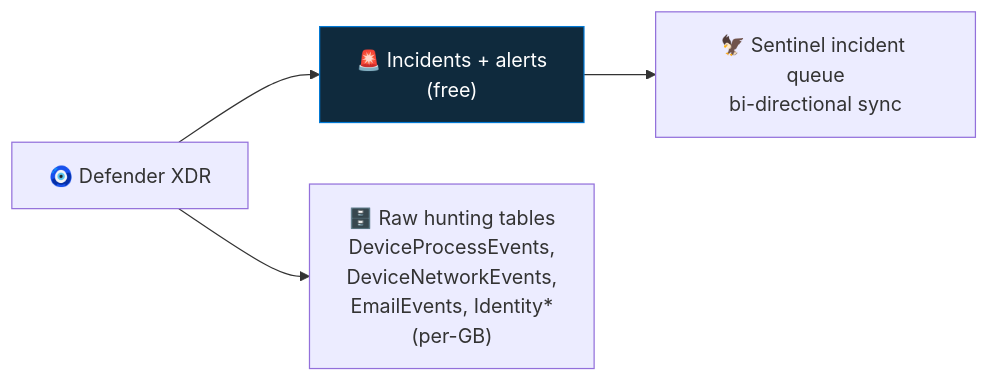
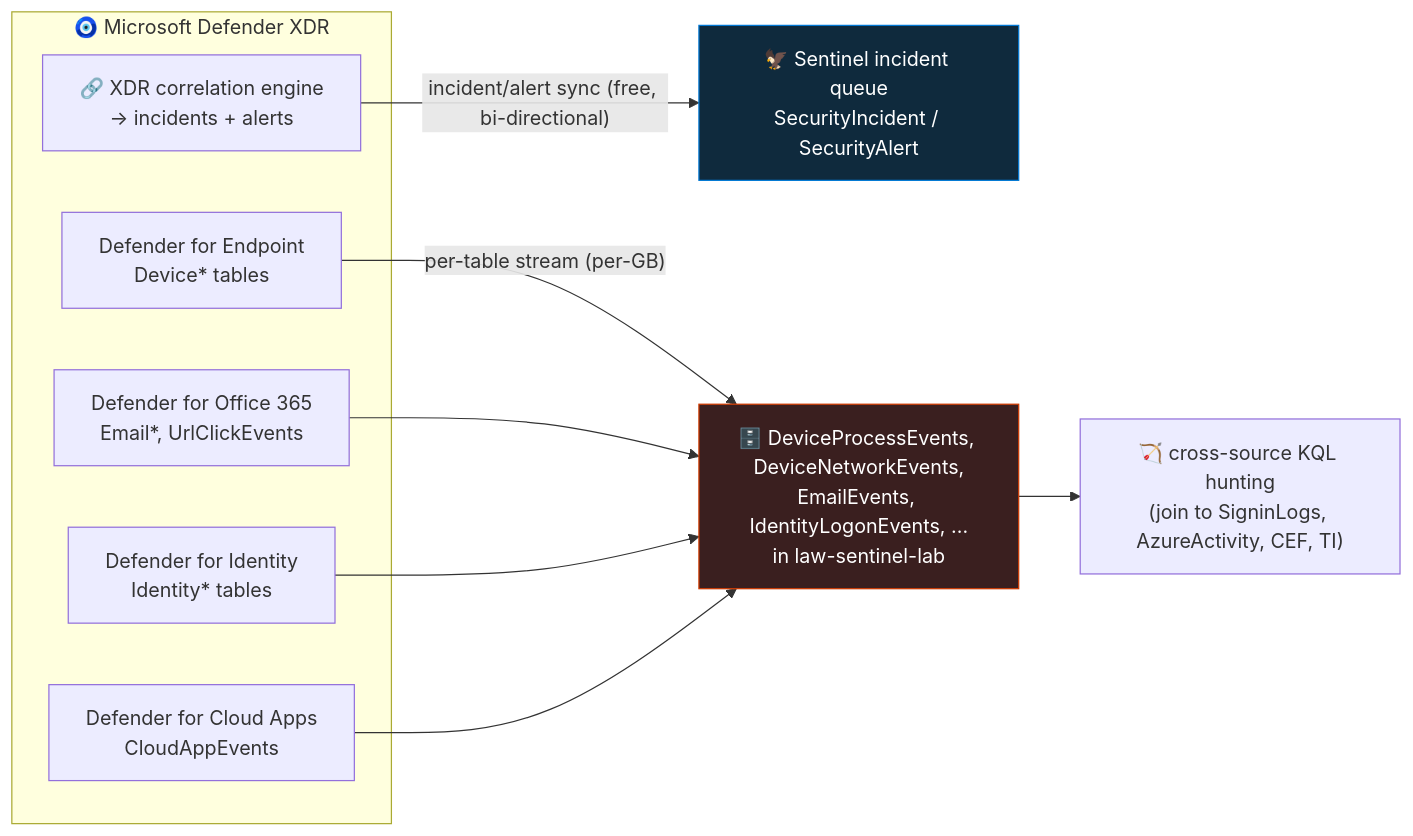
Before and after one commit to Tarun2000AD/microsoft-sentinel-live-learning: the diagram in 10-defender-xdr/README.md, drawn with Mermaid. The commit also changed other lines of this file, not shown here.

First line of the commit message:
Deepen step 10 (Defender XDR): two-halves connector model, per-table cost decisions, unified-SecOps note

````diff
--- a/10-defender-xdr/README.md
+++ b/10-defender-xdr/README.md
@@ -36,7 +68,18 @@
 ```mermaid
 flowchart LR
-    XDR["🧿 Defender XDR"] --> I["🚨 Incidents + alerts<br/>(free)"]
-    XDR --> R["🗄️ Raw hunting tables<br/>DeviceProcessEvents,<br/>DeviceNetworkEvents,<br/>EmailEvents, Identity*<br/>(per-GB)"]
-    I --> S["🦅 Sentinel incident queue<br/>bi-directional sync"]
-    style I fill:#0f2a3d,stroke:#0078D4,color:#fff
+    subgraph XDR["🧿 Microsoft Defender XDR"]
+      MDE["Defender for Endpoint<br/>Device* tables"]
+      MDO["Defender for Office 365<br/>Email*, UrlClickEvents"]
+      MDI["Defender for Identity<br/>Identity* tables"]
+      MDCA["Defender for Cloud Apps<br/>CloudAppEvents"]
+      CORR["🔗 XDR correlation engine<br/>→ incidents + alerts"]
+    end
+    CORR -->|"incident/alert sync (free, bi-directional)"| Q["🦅 Sentinel incident queue<br/>SecurityIncident / SecurityAlert"]
+    MDE -->|"per-table stream (per-GB)"| T["🗄️ DeviceProcessEvents, DeviceNetworkEvents,<br/>EmailEvents, IdentityLogonEvents, ...<br/>in law-sentinel-lab"]
+    MDO --> T
+    MDI --> T
+    MDCA --> T
+    T --> H["🏹 cross-source KQL hunting<br/>(join to SigninLogs, AzureActivity, CEF, TI)"]
+    style Q fill:#0f2a3d,stroke:#0078D4,color:#fff
+    style T fill:#3a1f1f,stroke:#cf3a00,color:#fff
 ```
````
